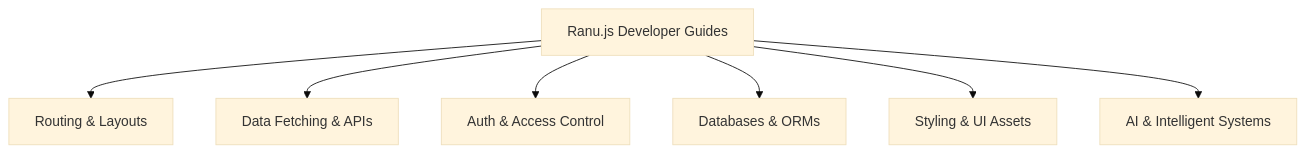
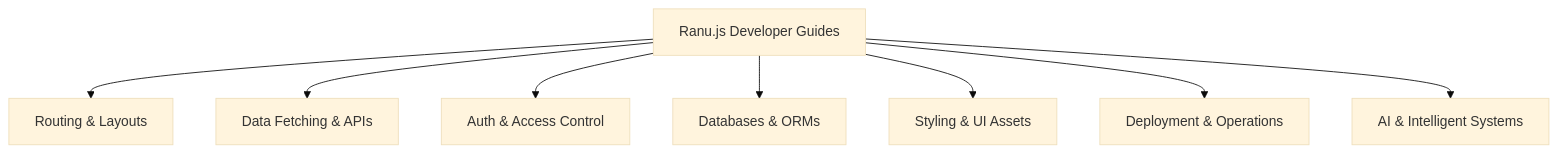
The diagram in docs/guides/README.md (hoslift/ranu.js), drawn with Mermaid (base theme) before and after one commit. The commit also changed other lines of this file and 10 other files, not shown here.

First line of the commit message:
docs(ops): introduce production operations, deployment runbooks, and technical api reference (Phase 7) (#198)

````diff
--- a/docs/guides/README.md
+++ b/docs/guides/README.md
@@ -11,10 +11,11 @@
 ```mermaid
 flowchart TD
     Guides[Ranu.js Developer Guides]
     Guides --> Routing[Routing & Layouts]
     Guides --> Data[Data Fetching & APIs]
     Guides --> Auth[Auth & Access Control]
     Guides --> DB[Databases & ORMs]
     Guides --> Style[Styling & UI Assets]
+    Guides --> Deploy[Deployment & Operations]
     Guides --> AI[AI & Intelligent Systems]
 ```
````
